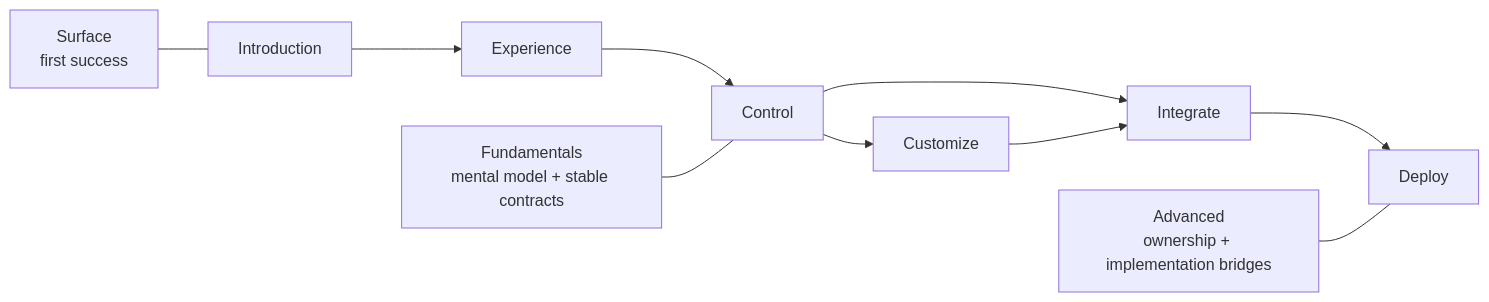
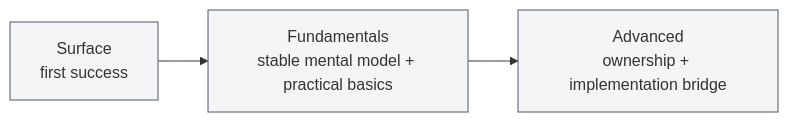
The second of 2 diagrams in current_documentation/guidebook/introduction/how-to-use-this-guidebook.md (vizij-ai/vizij-docs), drawn with Mermaid before and after one commit. The commit also changed other lines of this file and 24 other files, not shown here.

````diff
--- a/current_documentation/guidebook/introduction/how-to-use-this-guidebook.md
+++ b/current_documentation/guidebook/introduction/how-to-use-this-guidebook.md
@@ -65,13 +79,8 @@
 ```mermaid
 flowchart LR
-    intro["Introduction"] --> exp["Experience"]
-    exp --> control["Control"]
-    control --> customize["Customize"]
-    control --> integrate["Integrate"]
-    customize --> integrate
-    integrate --> deploy["Deploy"]
+    classDef depth fill:#f4f5f7,stroke:#6b7280,stroke-width:1.2px
 
-    surface["Surface\nfirst success"] --- intro
-    fundamentals["Fundamentals\nmental model + stable contracts"] --- control
-    advanced["Advanced\nownership + implementation bridges"] --- deploy
+    surface["Surface\nfirst success"] --> fundamentals["Fundamentals\nstable mental model + practical basics"] --> advanced["Advanced\nownership + implementation bridge"]
+
+    class surface,fundamentals,advanced depth
 ```
````
